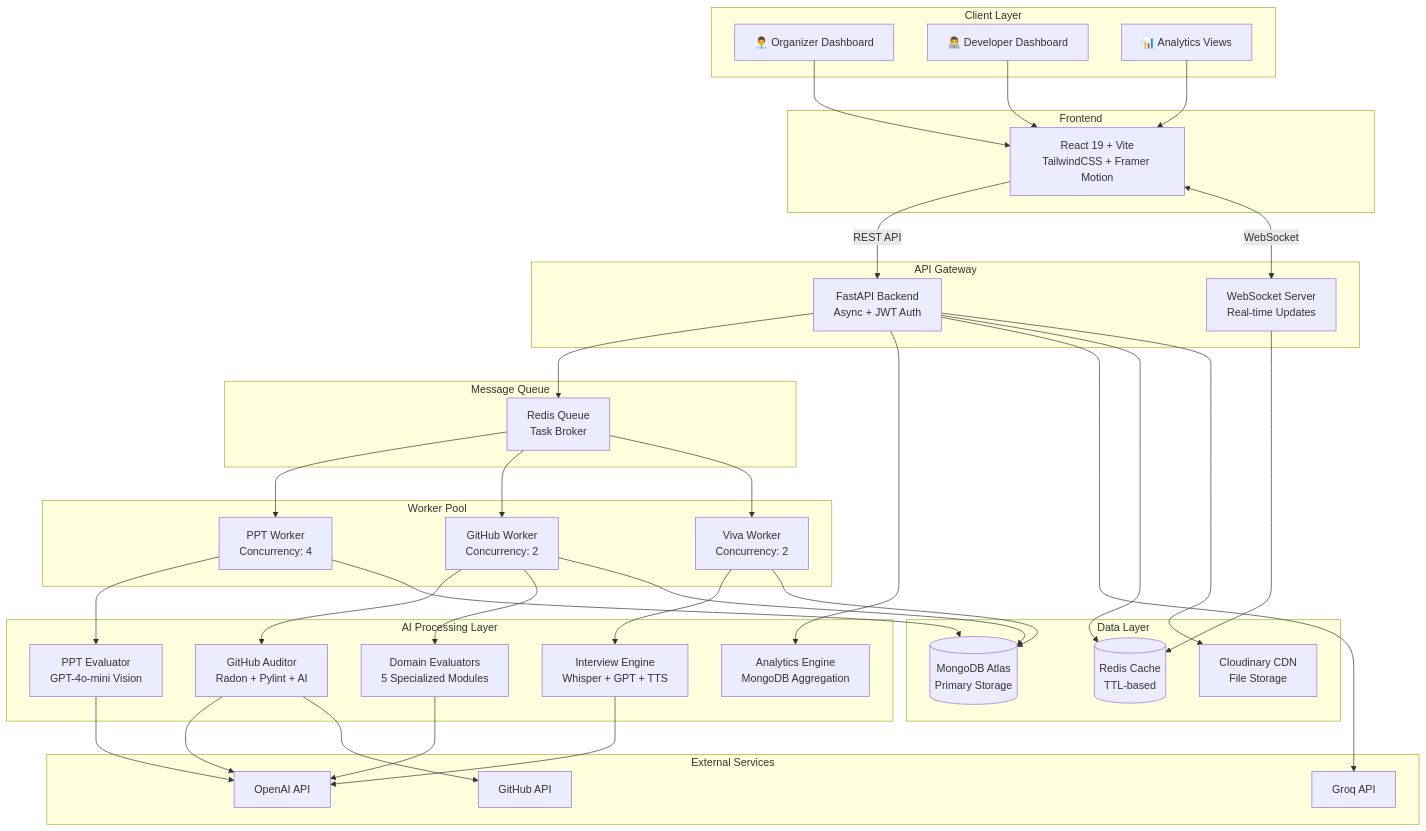
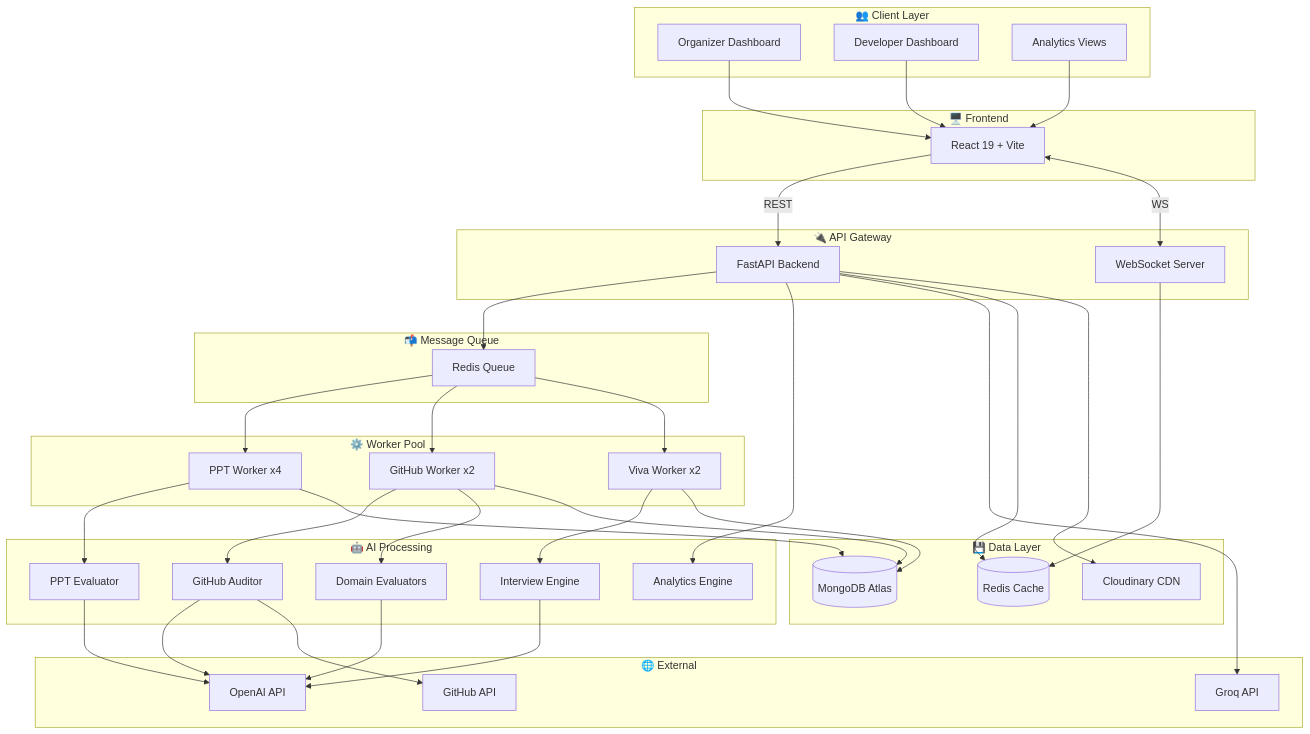
One commit to NischayJoshi/EvalX changed the third of 18 diagrams in README.md. Above: the diagram before and after it, drawn with Mermaid. The commit also changed other lines of this file, not shown here.

````diff
--- a/README.md
+++ b/README.md
@@ -140,64 +140,74 @@
 ```mermaid
 graph TB
-    subgraph "Client Layer"
-        U1[👨‍💼 Organizer Dashboard]
-        U2[👨‍💻 Developer Dashboard]
-        U3[📊 Analytics Views]
+    subgraph CLIENT["👥 Client Layer"]
+        U1["Organizer Dashboard"]
+        U2["Developer Dashboard"]
+        U3["Analytics Views"]
     end
     
-    subgraph "Frontend"
-        FE[React 19 + Vite<br/>TailwindCSS + Framer Motion]
+    subgraph FRONTEND["🖥️ Frontend"]
+        FE["React 19 + Vite"]
     end
     
-    subgraph "API Gateway"
-        API[FastAPI Backend<br/>Async + JWT Auth]
-        WS[WebSocket Server<br/>Real-time Updates]
+    subgraph GATEWAY["🔌 API Gateway"]
+        API["FastAPI Backend"]
+        WS["WebSocket Server"]
     end
     
-    subgraph "Message Queue"
-        RQ[Redis Queue<br/>Task Broker]
+    subgraph QUEUE["📬 Message Queue"]
+        RQ["Redis Queue"]
     end
     
-    subgraph "Worker Pool"
-        W1[PPT Worker<br/>Concurrency: 4]
-        W2[GitHub Worker<br/>Concurrency: 2]
-        W3[Viva Worker<br/>Concurrency: 2]
+    subgraph WORKERS["⚙️ Worker Pool"]
+        W1["PPT Worker x4"]
+        W2["GitHub Worker x2"]
+        W3["Viva Worker x2"]
     end
     
-    subgraph "AI Processing Layer"
-        E1[PPT Evaluator<br/>GPT-4o-mini Vision]
-        E2[GitHub Auditor<br/>Radon + Pylint + AI]
-        E3[Domain Evaluators<br/>5 Specialized Modules]
-        E4[Interview Engine<br/>Whisper + GPT + TTS]
-        E5[Analytics Engine<br/>MongoDB Aggregation]
+    subgraph AI["🤖 AI Processing"]
+        E1["PPT Evaluator"]
+        E2["GitHub Auditor"]
+        E3["Domain Evaluators"]
+        E4["Interview Engine"]
+        E5["Analytics Engine"]
     end
     
-    subgraph "Data Layer"
-        DB[(MongoDB Atlas<br/>Primary Storage)]
-        CACHE[(Redis Cache<br/>TTL-based)]
-        CDN[Cloudinary CDN<br/>File Storage]
+    subgraph DATA["💾 Data Layer"]
+        DB[("MongoDB Atlas")]
+        CACHE[("Redis Cache")]
+        CDN["Cloudinary CDN"]
     end
     
-    subgraph "External Services"
-        OAI[OpenAI API]
-        GROQ[Groq API]
-        GH[GitHub API]
+    subgraph EXTERNAL["🌐 External"]
+        OAI["OpenAI API"]
+        GROQ["Groq API"]
+        GH["GitHub API"]
     end
     
-    U1 & U2 & U3 --> FE
-    FE -->|REST API| API
-    FE <-->|WebSocket| WS
+    U1 --> FE
+    U2 --> FE
+    U3 --> FE
+    FE -->|"REST"| API
+    FE <-->|"WS"| WS
     API --> RQ
-    RQ --> W1 & W2 & W3
+    RQ --> W1
+    RQ --> W2
+    RQ --> W3
     W1 --> E1
-    W2 --> E2 & E3
+    W2 --> E2
+    W2 --> E3
     W3 --> E4
     API --> E5
-    E1 & E2 & E3 & E4 --> OAI
+    E1 --> OAI
+    E2 --> OAI
+    E3 --> OAI
+    E4 --> OAI
     API --> GROQ
     E2 --> GH
-    W1 & W2 & W3 --> DB
+    W1 --> DB
+    W2 --> DB
+    W3 --> DB
     API --> CACHE
     API --> CDN
     WS --> CACHE
 ```
````
